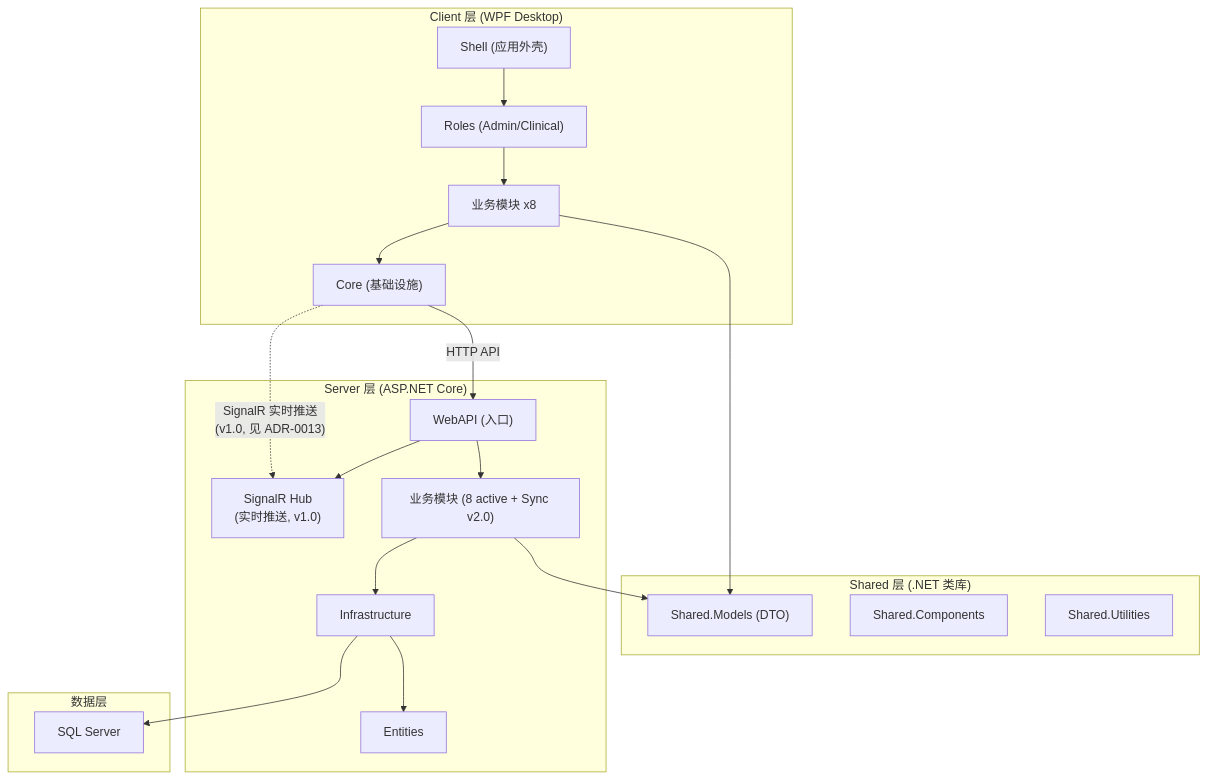
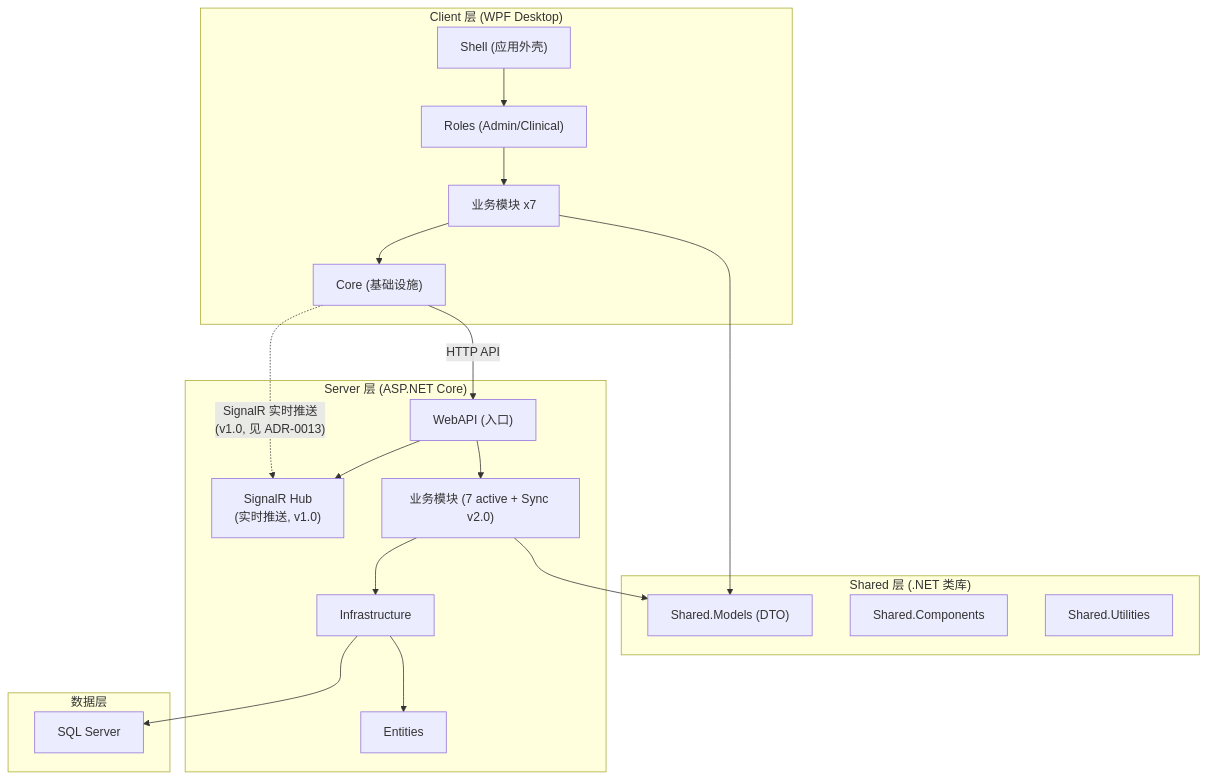
Before and after one commit to shouqitao/LYBTZYZS: the first of 6 diagrams in docs/03-architecture/01-system-overview.md, drawn with Mermaid. The commit also changed other lines of this file, not shown here.

Commit message:
R8-P1: 修正 01-system-overview.md 模块数量 8→7
- 架构图 Server/Client 业务模块数量从 8 修正为 7
- 目录列表注释同步修正

````diff
--- a/docs/03-architecture/01-system-overview.md
+++ b/docs/03-architecture/01-system-overview.md
@@ -9,36 +9,36 @@
 ```mermaid
 graph TB
     subgraph Client["Client 层 (WPF Desktop)"]
         Shell["Shell (应用外壳)"]
         Roles["Roles (Admin/Clinical)"]
-        Modules_C["业务模块 x8"]
+        Modules_C["业务模块 x7"]
         Core_C["Core (基础设施)"]
         Shell --> Roles --> Modules_C --> Core_C
     end
 
     subgraph Shared["Shared 层 (.NET 类库)"]
         Models["Shared.Models (DTO)"]
         Components["Shared.Components"]
         Utilities["Shared.Utilities"]
     end
 
     subgraph Server["Server 层 (ASP.NET Core)"]
         WebAPI["WebAPI (入口)"]
         SignalRHub["SignalR Hub<br/>(实时推送, v1.0)"]
-        Modules_S["业务模块 (8 active + Sync v2.0)"]
+        Modules_S["业务模块 (7 active + Sync v2.0)"]
         Infra["Infrastructure"]
         Entities["Entities"]
         WebAPI --> SignalRHub
         WebAPI --> Modules_S --> Infra --> Entities
     end
 
     subgraph Data["数据层"]
         SQLServer["SQL Server"]
     end
 
     Core_C -->|"HTTP API"| WebAPI
     Core_C -.->|"SignalR 实时推送<br/>(v1.0, 见 ADR-0013)"| SignalRHub
     Modules_C --> Models
     Modules_S --> Models
     Infra --> SQLServer
 ```
````
